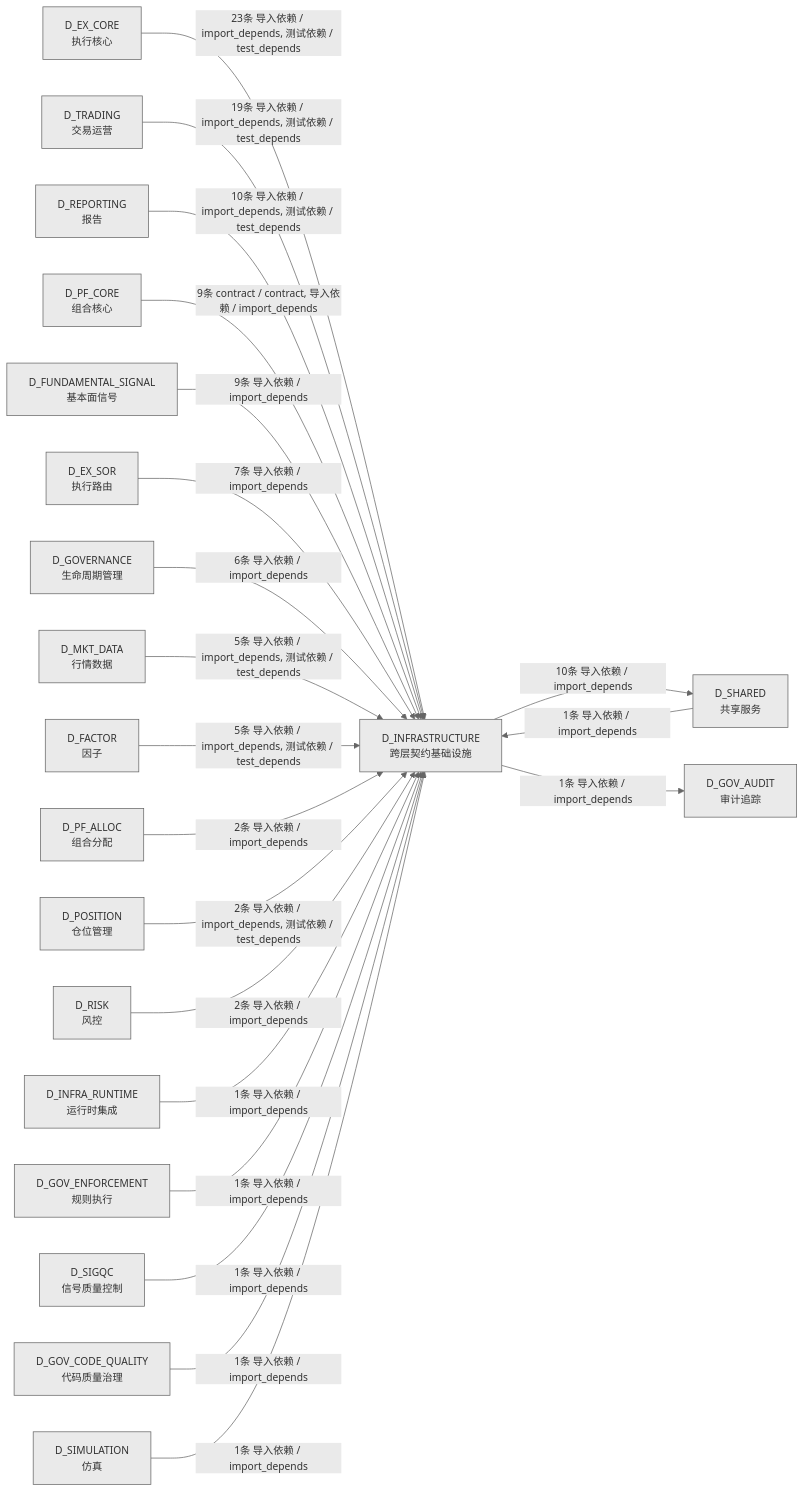
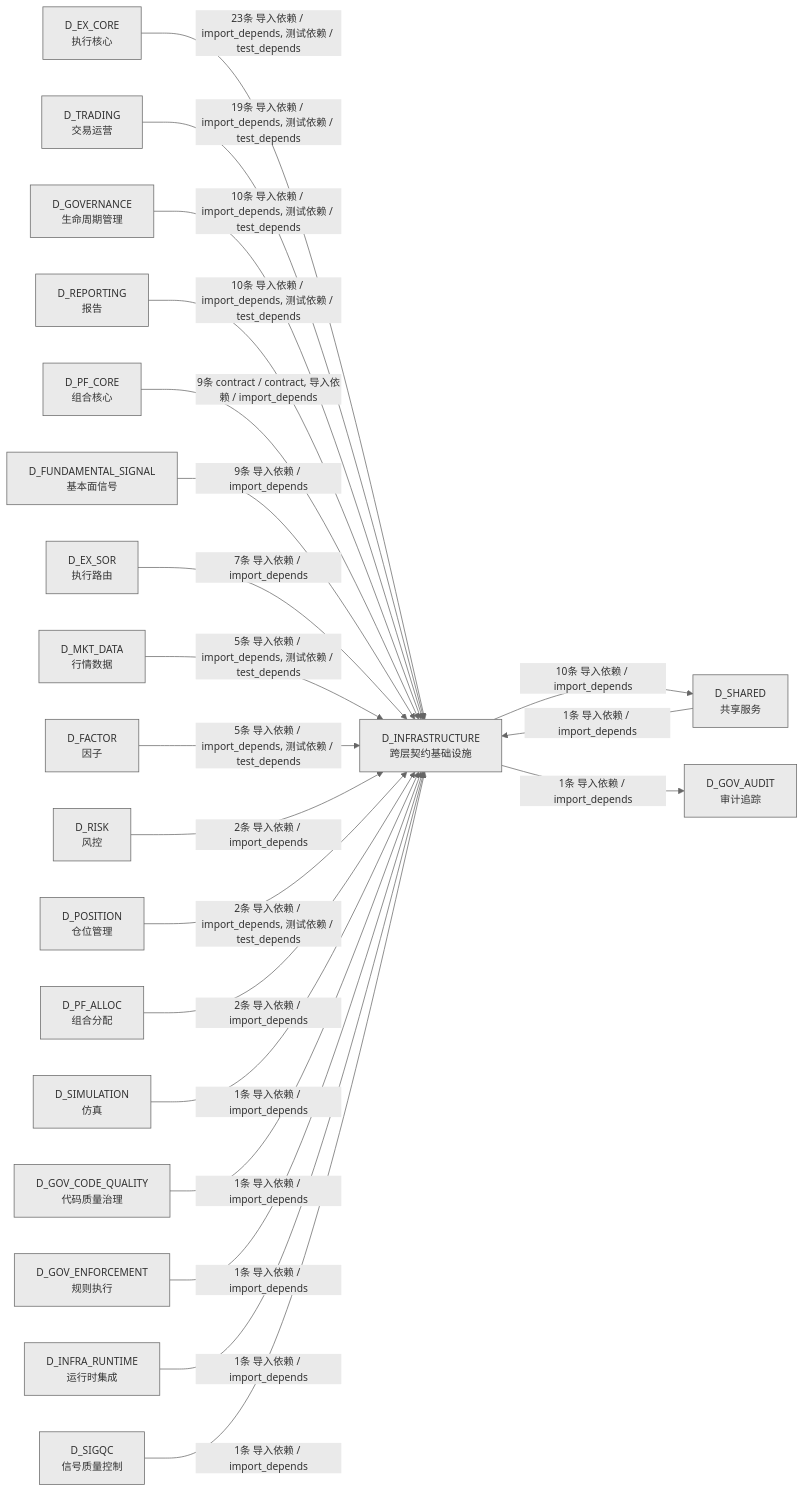
The third of 3 diagrams in docs/02_enterprise_architecture/02_domain_architecture_docs/02_d_infrastructure.md (xuanFelixVan/ZephyrAlpha), drawn with Mermaid before and after one commit. The commit also changed other lines of this file and 45 other files, not shown here.

````diff
--- a/docs/02_enterprise_architecture/02_domain_architecture_docs/02_d_infrastructure.md
+++ b/docs/02_enterprise_architecture/02_domain_architecture_docs/02_d_infrastructure.md
@@ -353,44 +357,44 @@
 ```mermaid
 %%{init: {'theme': 'base', 'themeVariables': {'primaryColor': '#eaeaea', 'primaryTextColor': '#333333', 'primaryBorderColor': '#666666', 'lineColor': '#666666', 'secondaryColor': '#eaeaea', 'tertiaryColor': '#eaeaea', 'fontSize': '14px'}}}%%
 graph LR
     D_INFRASTRUCTURE["D_INFRASTRUCTURE<br/>跨层契约基础设施"]
     D_SHARED["D_SHARED<br/>共享服务"]
     D_GOV_AUDIT["D_GOV_AUDIT<br/>审计追踪"]
     D_EX_CORE["D_EX_CORE<br/>执行核心"]
     D_TRADING["D_TRADING<br/>交易运营"]
+    D_GOVERNANCE["D_GOVERNANCE<br/>生命周期管理"]
     D_REPORTING["D_REPORTING<br/>报告"]
     D_PF_CORE["D_PF_CORE<br/>组合核心"]
     D_FUNDAMENTAL_SIGNAL["D_FUNDAMENTAL_SIGNAL<br/>基本面信号"]
     D_EX_SOR["D_EX_SOR<br/>执行路由"]
-    D_GOVERNANCE["D_GOVERNANCE<br/>生命周期管理"]
     D_MKT_DATA["D_MKT_DATA<br/>行情数据"]
     D_FACTOR["D_FACTOR<br/>因子"]
+    D_RISK["D_RISK<br/>风控"]
+    D_POSITION["D_POSITION<br/>仓位管理"]
     D_PF_ALLOC["D_PF_ALLOC<br/>组合分配"]
-    D_POSITION["D_POSITION<br/>仓位管理"]
-    D_RISK["D_RISK<br/>风控"]
+    D_SIMULATION["D_SIMULATION<br/>仿真"]
+    D_GOV_CODE_QUALITY["D_GOV_CODE_QUALITY<br/>代码质量治理"]
+    D_GOV_ENFORCEMENT["D_GOV_ENFORCEMENT<br/>规则执行"]
     D_INFRA_RUNTIME["D_INFRA_RUNTIME<br/>运行时集成"]
-    D_GOV_ENFORCEMENT["D_GOV_ENFORCEMENT<br/>规则执行"]
     D_SIGQC["D_SIGQC<br/>信号质量控制"]
-    D_GOV_CODE_QUALITY["D_GOV_CODE_QUALITY<br/>代码质量治理"]
-    D_SIMULATION["D_SIMULATION<br/>仿真"]
     D_INFRASTRUCTURE -->|10条 导入依赖 / import_depends| D_SHARED
     D_INFRASTRUCTURE -->|1条 导入依赖 / import_depends| D_GOV_AUDIT
     D_EX_CORE -->|23条 导入依赖 / import_depends, 测试依赖 / test_depends| D_INFRASTRUCTURE
     D_TRADING -->|19条 导入依赖 / import_depends, 测试依赖 / test_depends| D_INFRASTRUCTURE
+    D_GOVERNANCE -->|10条 导入依赖 / import_depends, 测试依赖 / test_depends| D_INFRASTRUCTURE
     D_REPORTING -->|10条 导入依赖 / import_depends, 测试依赖 / test_depends| D_INFRASTRUCTURE
     D_PF_CORE -->|9条 contract / contract, 导入依赖 / import_depends| D_INFRASTRUCTURE
     D_FUNDAMENTAL_SIGNAL -->|9条 导入依赖 / import_depends| D_INFRASTRUCTURE
     D_EX_SOR -->|7条 导入依赖 / import_depends| D_INFRASTRUCTURE
-    D_GOVERNANCE -->|6条 导入依赖 / import_depends| D_INFRASTRUCTURE
     D_MKT_DATA -->|5条 导入依赖 / import_depends, 测试依赖 / test_depends| D_INFRASTRUCTURE
     D_FACTOR -->|5条 导入依赖 / import_depends, 测试依赖 / test_depends| D_INFRASTRUCTURE
+    D_RISK -->|2条 导入依赖 / import_depends| D_INFRASTRUCTURE
+    D_POSITION -->|2条 导入依赖 / import_depends, 测试依赖 / test_depends| D_INFRASTRUCTURE
     D_PF_ALLOC -->|2条 导入依赖 / import_depends| D_INFRASTRUCTURE
-    D_POSITION -->|2条 导入依赖 / import_depends, 测试依赖 / test_depends| D_INFRASTRUCTURE
-    D_RISK -->|2条 导入依赖 / import_depends| D_INFRASTRUCTURE
+    D_SIMULATION -->|1条 导入依赖 / import_depends| D_INFRASTRUCTURE
+    D_GOV_CODE_QUALITY -->|1条 导入依赖 / import_depends| D_INFRASTRUCTURE
+    D_GOV_ENFORCEMENT -->|1条 导入依赖 / import_depends| D_INFRASTRUCTURE
     D_INFRA_RUNTIME -->|1条 导入依赖 / import_depends| D_INFRASTRUCTURE
-    D_GOV_ENFORCEMENT -->|1条 导入依赖 / import_depends| D_INFRASTRUCTURE
     D_SHARED -->|1条 导入依赖 / import_depends| D_INFRASTRUCTURE
     D_SIGQC -->|1条 导入依赖 / import_depends| D_INFRASTRUCTURE
-    D_GOV_CODE_QUALITY -->|1条 导入依赖 / import_depends| D_INFRASTRUCTURE
-    D_SIMULATION -->|1条 导入依赖 / import_depends| D_INFRASTRUCTURE
 ```
````
